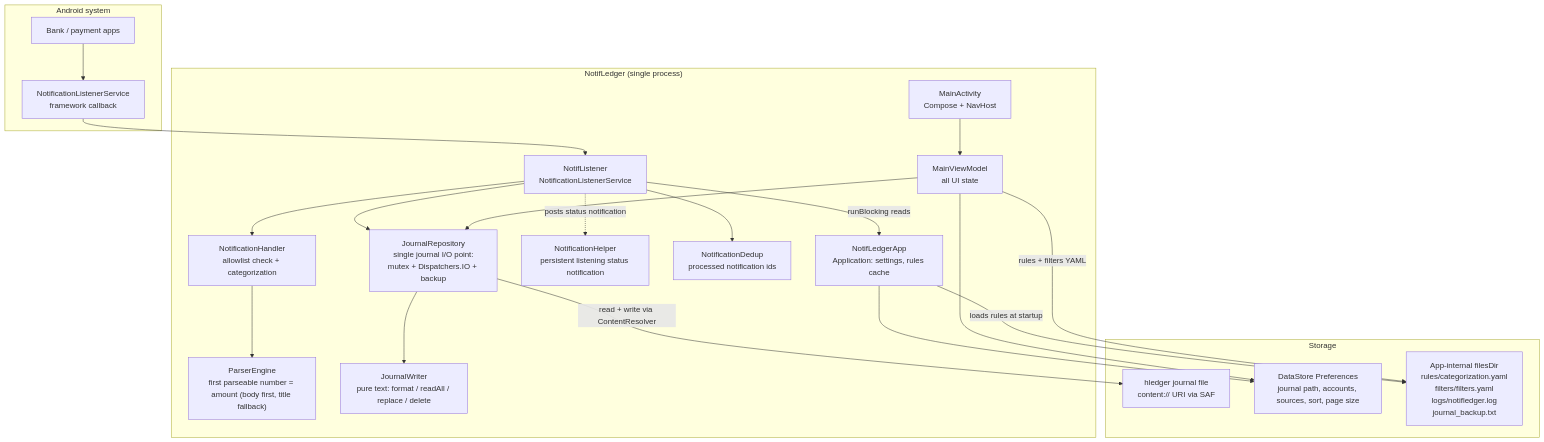
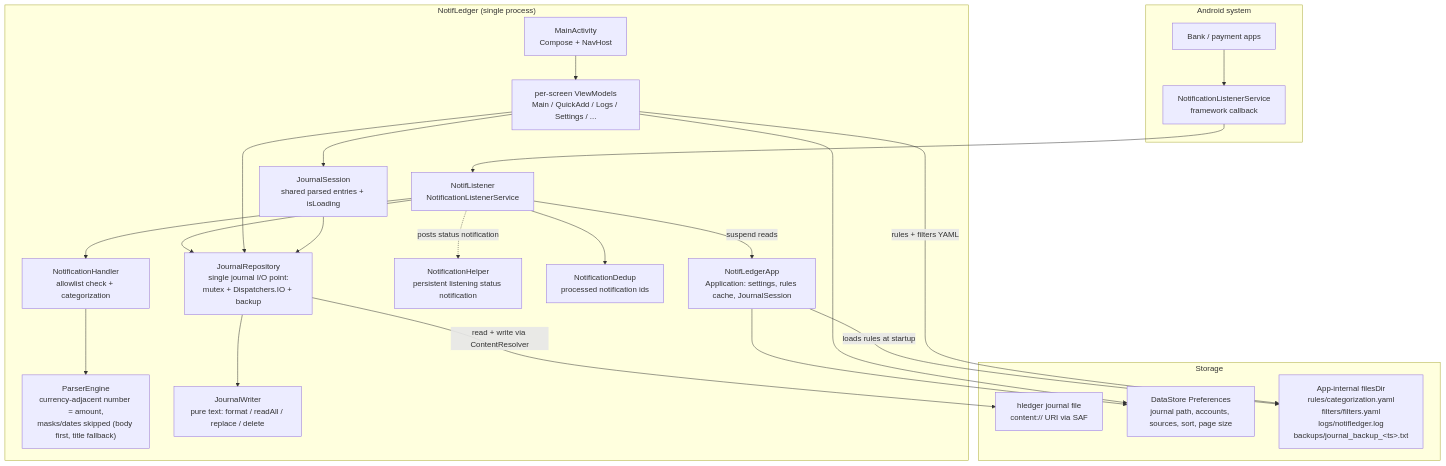
The first of 8 diagrams in docs/architecture.md (ukizet/NotifLedger), drawn with Mermaid before and after one commit. The commit also changed other lines of this file and 40 other files, not shown here.

Commit message:
fix review round 2: mask-aware parsing, rotating backups, per-screen ViewModels

````diff
--- a/docs/architecture.md
+++ b/docs/architecture.md
@@ -8,42 +8,45 @@
 ```mermaid
 flowchart TB
     subgraph system["Android system"]
         bank["Bank / payment apps"]
         framework["NotificationListenerService<br/>framework callback"]
     end
 
     subgraph app["NotifLedger (single process)"]
-        application["NotifLedgerApp<br/>Application: settings, rules cache"]
+        application["NotifLedgerApp<br/>Application: settings, rules cache, JournalSession"]
         listener["NotifListener<br/>NotificationListenerService"]
         handler["NotificationHandler<br/>allowlist check + categorization"]
-        parser["ParserEngine<br/>first parseable number = amount (body first, title fallback)"]
+        parser["ParserEngine<br/>currency-adjacent number = amount,<br/>masks/dates skipped (body first, title fallback)"]
         helper["NotificationHelper<br/>persistent listening status notification"]
         dedup["NotificationDedup<br/>processed notification ids"]
         activity["MainActivity<br/>Compose + NavHost"]
-        vm["MainViewModel<br/>all UI state"]
+        vm["per-screen ViewModels<br/>Main / QuickAdd / Logs / Settings / ..."]
+        session["JournalSession<br/>shared parsed entries + isLoading"]
         repo["JournalRepository<br/>single journal I/O point:<br/>mutex + Dispatchers.IO + backup"]
         writer["JournalWriter<br/>pure text: format / readAll / replace / delete"]
     end
 
     subgraph storage["Storage"]
         journal["hledger journal file<br/>content:// URI via SAF"]
         datastore["DataStore Preferences<br/>journal path, accounts, sources, sort, page size"]
-        files["App-internal filesDir<br/>rules/categorization.yaml<br/>filters/filters.yaml<br/>logs/notifledger.log<br/>journal_backup.txt"]
+        files["App-internal filesDir<br/>rules/categorization.yaml<br/>filters/filters.yaml<br/>logs/notifledger.log<br/>backups/journal_backup_&lt;ts&gt;.txt"]
     end
 
     bank --> framework --> listener
     listener --> handler --> parser
     listener --> dedup
     listener --> repo
     vm --> repo
     repo --> writer
     repo -->|read + write via ContentResolver| journal
-    listener -->|runBlocking reads| application
+    listener -->|suspend reads| application
     application --> datastore
     application -->|loads rules at startup| files
 
     activity --> vm
+    vm --> session
+    session --> repo
     vm --> datastore
     vm -->|rules + filters YAML| files
     listener -.->|posts status notification| helper
 ```
````
